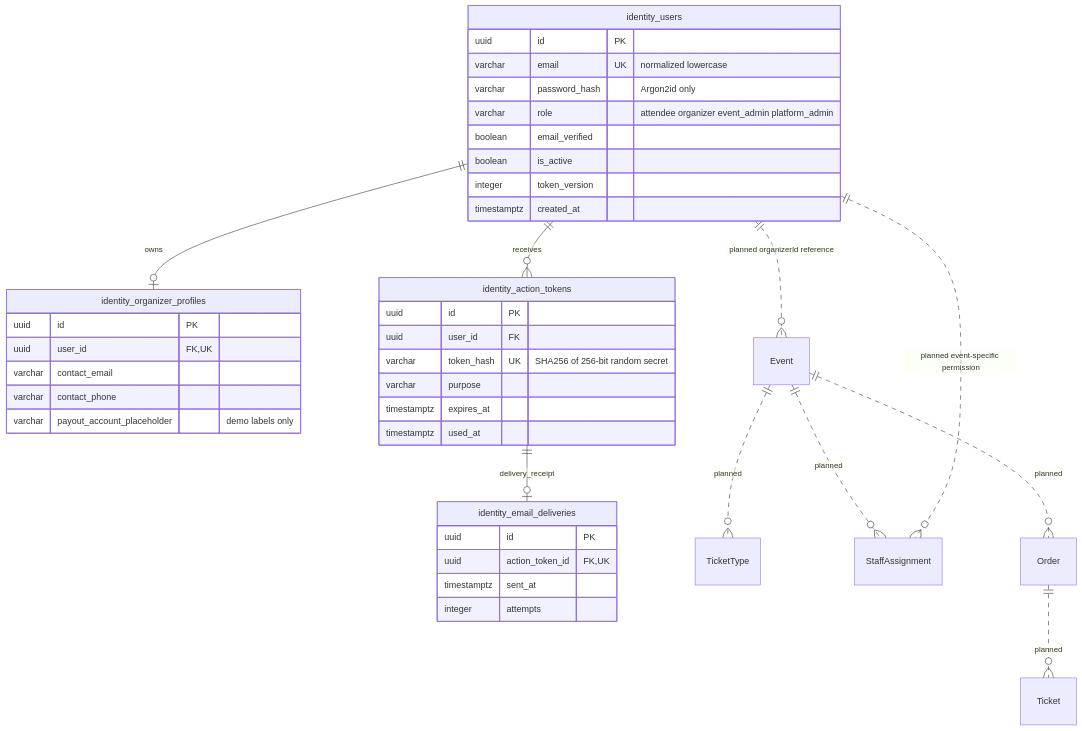
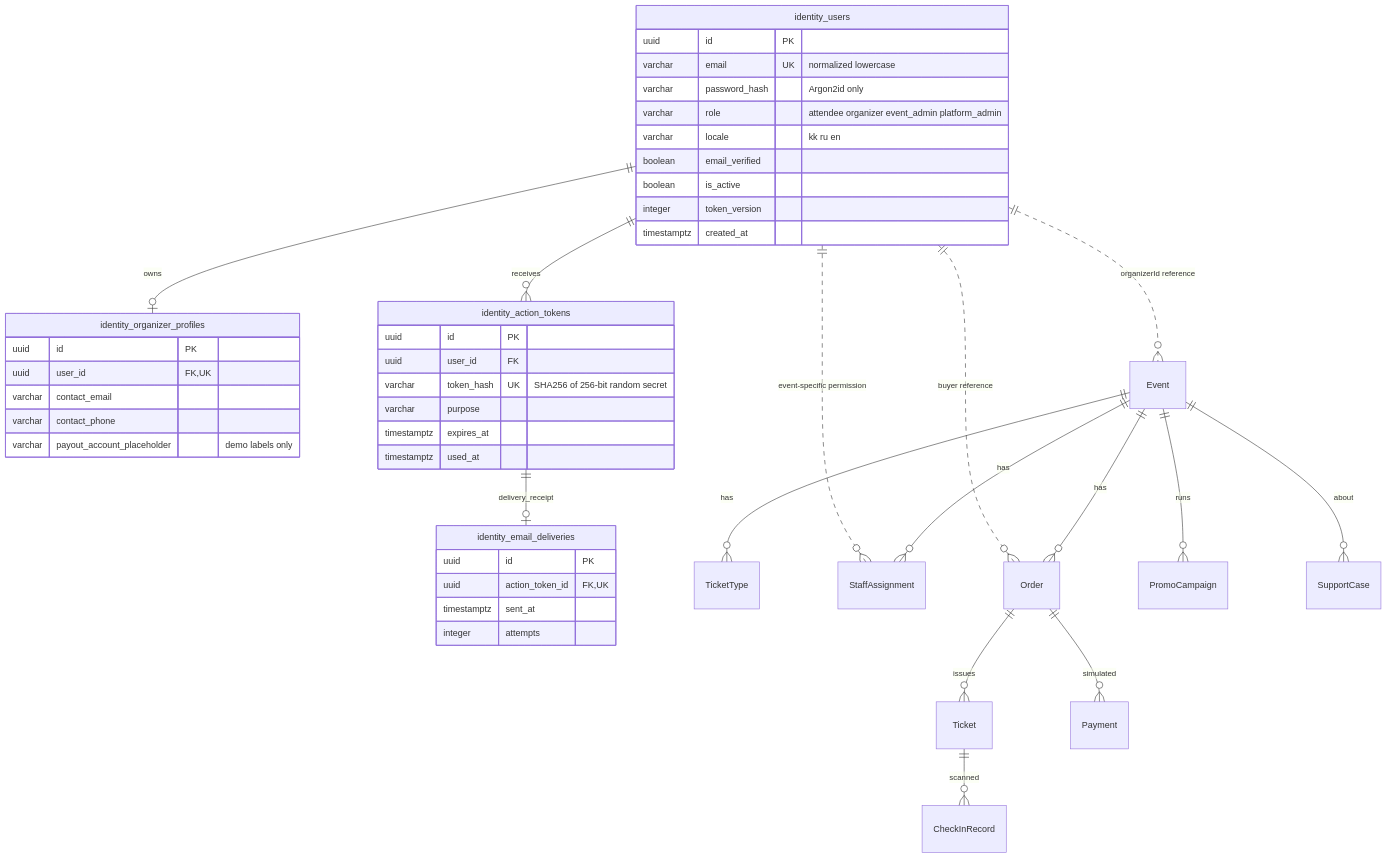
Before and after one commit to Nurgissa-A/SWE: the diagram in docs/erd.md, drawn with Mermaid. The commit also changed other lines of this file and 54 other files, not shown here.

Commit message:
Add the business API: events, checkout, tickets, check-in, promo, support, admin

````diff
--- a/docs/erd.md
+++ b/docs/erd.md
@@ -5,43 +5,49 @@
 ```mermaid
 erDiagram
   identity_users ||--o| identity_organizer_profiles : owns
   identity_users ||--o{ identity_action_tokens : receives
   identity_action_tokens ||--o| identity_email_deliveries : delivery_receipt
-  identity_users ||..o{ Event : "planned organizerId reference"
-  Event ||..o{ TicketType : planned
-  Event ||..o{ StaffAssignment : planned
-  identity_users ||..o{ StaffAssignment : "planned event-specific permission"
-  Event ||..o{ Order : planned
-  Order ||..o{ Ticket : planned
+  identity_users ||..o{ Event : "organizerId reference"
+  Event ||--o{ TicketType : has
+  Event ||--o{ StaffAssignment : has
+  identity_users ||..o{ StaffAssignment : "event-specific permission"
+  Event ||--o{ Order : has
+  Order ||--o{ Ticket : issues
+  Event ||--o{ PromoCampaign : runs
+  Order ||--o{ Payment : "simulated"
+  Ticket ||--o{ CheckInRecord : scanned
+  Event ||--o{ SupportCase : about
+  identity_users ||..o{ Order : "buyer reference"
   identity_users {
     uuid id PK
     varchar email UK "normalized lowercase"
     varchar password_hash "Argon2id only"
     varchar role "attendee organizer event_admin platform_admin"
+    varchar locale "kk ru en"
     boolean email_verified
     boolean is_active
     integer token_version
     timestamptz created_at
   }
   identity_organizer_profiles {
     uuid id PK
     uuid user_id FK,UK
     varchar contact_email
     varchar contact_phone
     varchar payout_account_placeholder "demo labels only"
   }
   identity_action_tokens {
     uuid id PK
     uuid user_id FK
     varchar token_hash UK "SHA256 of 256-bit random secret"
     varchar purpose
     timestamptz expires_at
     timestamptz used_at
   }
   identity_email_deliveries {
     uuid id PK
     uuid action_token_id FK,UK
     timestamptz sent_at
     integer attempts
   }
 ```
````
